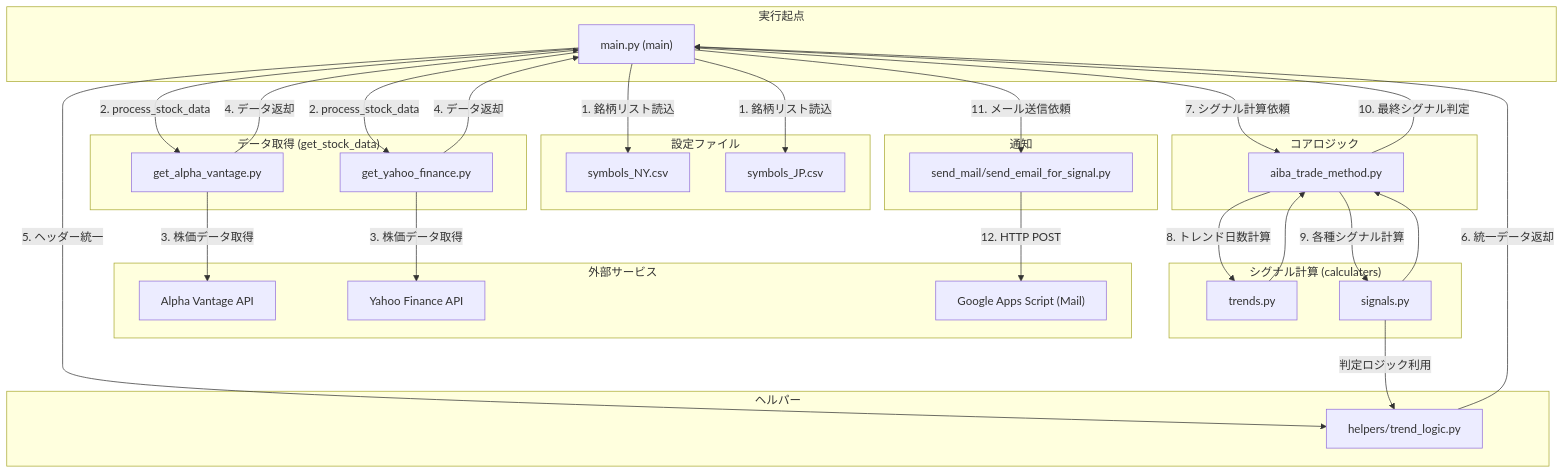
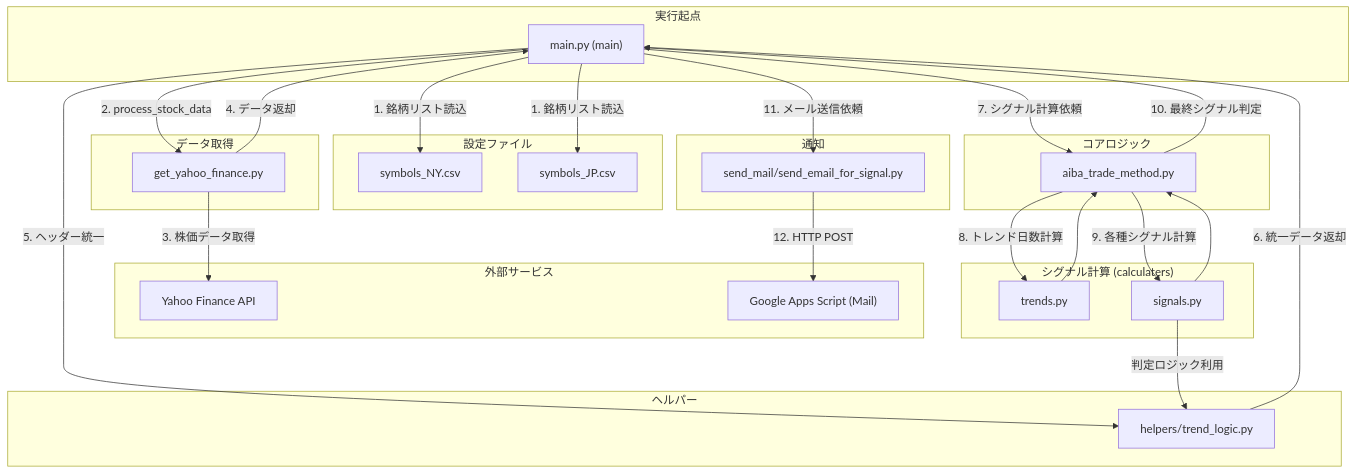
Before and after one commit to ando-front/KABUtrade: the diagram in specification.md, drawn with Mermaid. The commit also changed other lines of this file, not shown here.

Commit message:
fix: Alpha Vantage関連のコードを削除し、Yahoo Financeのみに統一

````diff
--- a/specification.md
+++ b/specification.md
@@ -166,67 +156,62 @@
 ```mermaid
 graph TD
     subgraph "実行起点"
         A["main.py (main)"]
     end
 
     subgraph "設定ファイル"
         B1["symbols_NY.csv"]
         B2["symbols_JP.csv"]
     end
 
     subgraph "外部サービス"
-        C1["Alpha Vantage API"]
         C2["Yahoo Finance API"]
         C3["Google Apps Script (Mail)"]
     end
 
-    subgraph "データ取得 (get_stock_data)"
-        D1["get_alpha_vantage.py"]
+    subgraph "データ取得"
         D2["get_yahoo_finance.py"]
     end
 
     subgraph "シグナル計算 (calculaters)"
         E1["trends.py"]
         E2["signals.py"]
     end
     
     subgraph "コアロジック"
         F["aiba_trade_method.py"]
     end
 
     subgraph "ヘルパー"
         G["helpers/trend_logic.py"]
     end
 
     subgraph "通知"
         H["send_mail/send_email_for_signal.py"]
     end
 
     A --"1. 銘柄リスト読込"--> B1
     A --"1. 銘柄リスト読込"--> B2
-    A --"2. process_stock_data"--> D1
     A --"2. process_stock_data"--> D2
     
-    D1 --"3. 株価データ取得"--> C1
     D2 --"3. 株価データ取得"--> C2
     
-    D1 --"4. データ返却"--> A
     D2 --"4. データ返却"--> A
     
     A --"5. ヘッダー統一"--> G
     G --"6. 統一データ返却"--> A
     
     A --"7. シグナル計算依頼"--> F
     
     F --"8. トレンド日数計算"--> E1
     E1 --> F
     F --"9. 各種シグナル計算"--> E2
     E2 --"判定ロジック利用"--> G
     E2 --> F
     
     F --"10. 最終シグナル判定"--> A
     
     A --"11. メール送信依頼"--> H
     H --"12. HTTP POST"--> C3
 
 ```
````
